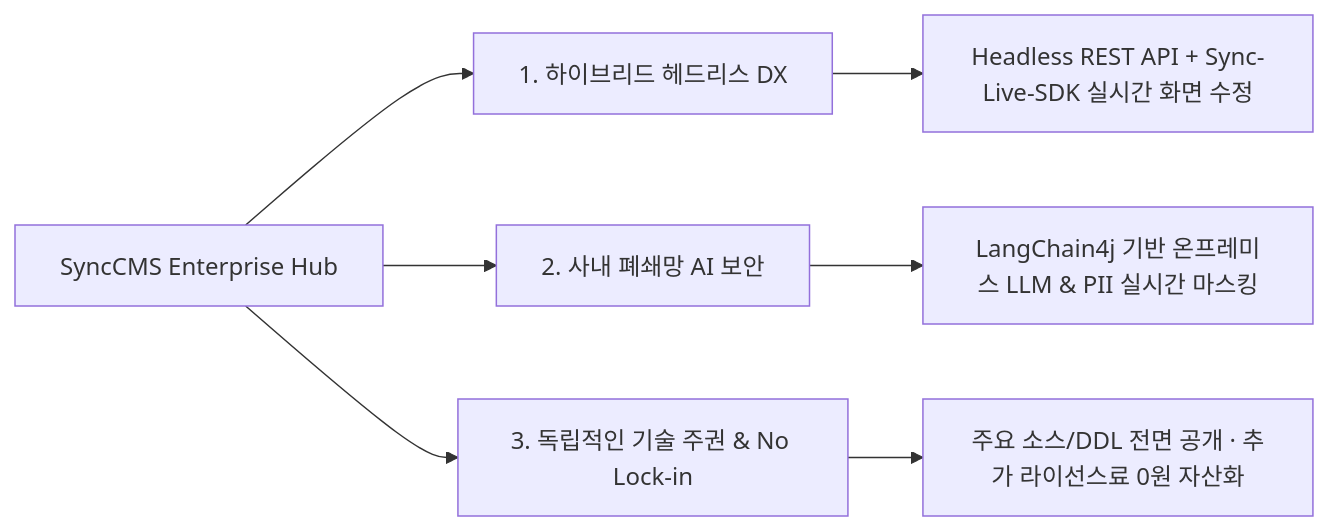
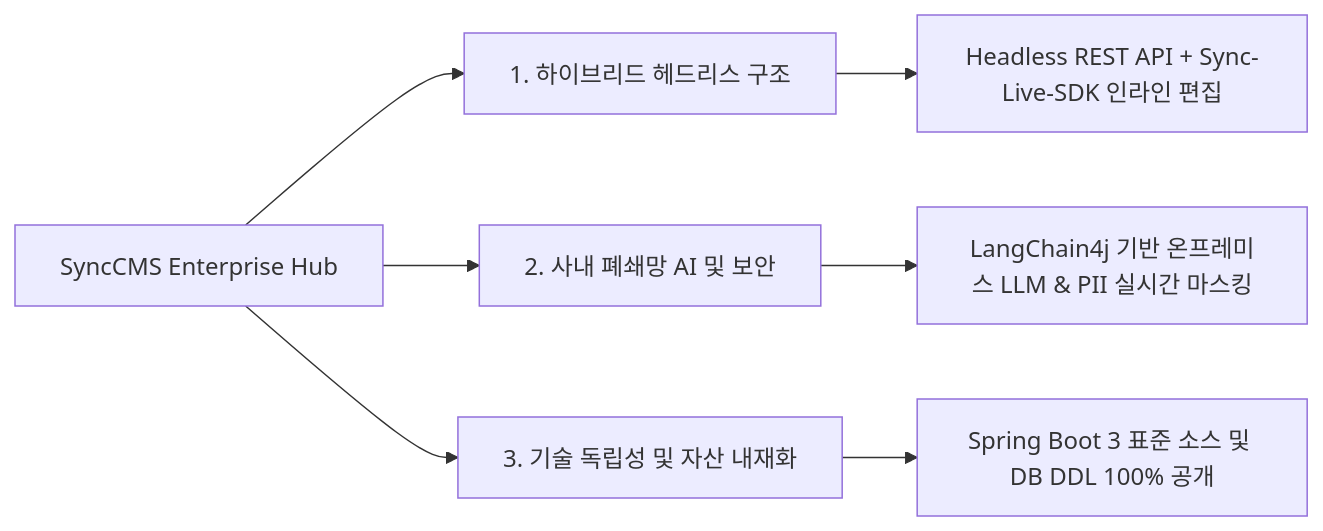
The diagram in ko/synccms/index.md (DramaticCollaboration/doc.github.io), drawn with Mermaid before and after one commit. The commit also changed other lines of this file and 29 other files, not shown here.

````diff
--- a/ko/synccms/index.md
+++ b/ko/synccms/index.md
@@ -33,10 +33,10 @@
 ```mermaid
 graph LR
-    A[SyncCMS Enterprise Hub] --> B[1. 하이브리드 헤드리스 DX]
-    A --> C[2. 사내 폐쇄망 AI 보안]
-    A --> D[3. 독립적인 기술 주권 & No Lock-in]
+    A[SyncCMS Enterprise Hub] --> B[1. 하이브리드 헤드리스 구조]
+    A --> C[2. 사내 폐쇄망 AI 및 보안]
+    A --> D[3. 기술 독립성 및 자산 내재화]
 
-    B --> B1["Headless REST API + Sync-Live-SDK 실시간 화면 수정"]
+    B --> B1["Headless REST API + Sync-Live-SDK 인라인 편집"]
     C --> C1["LangChain4j 기반 온프레미스 LLM & PII 실시간 마스킹"]
-    D --> D1["주요 소스/DDL 전면 공개 · 추가 라이선스료 0원 자산화"]
+    D --> D1["Spring Boot 3 표준 소스 및 DB DDL 100% 공개"]
 ```
````
